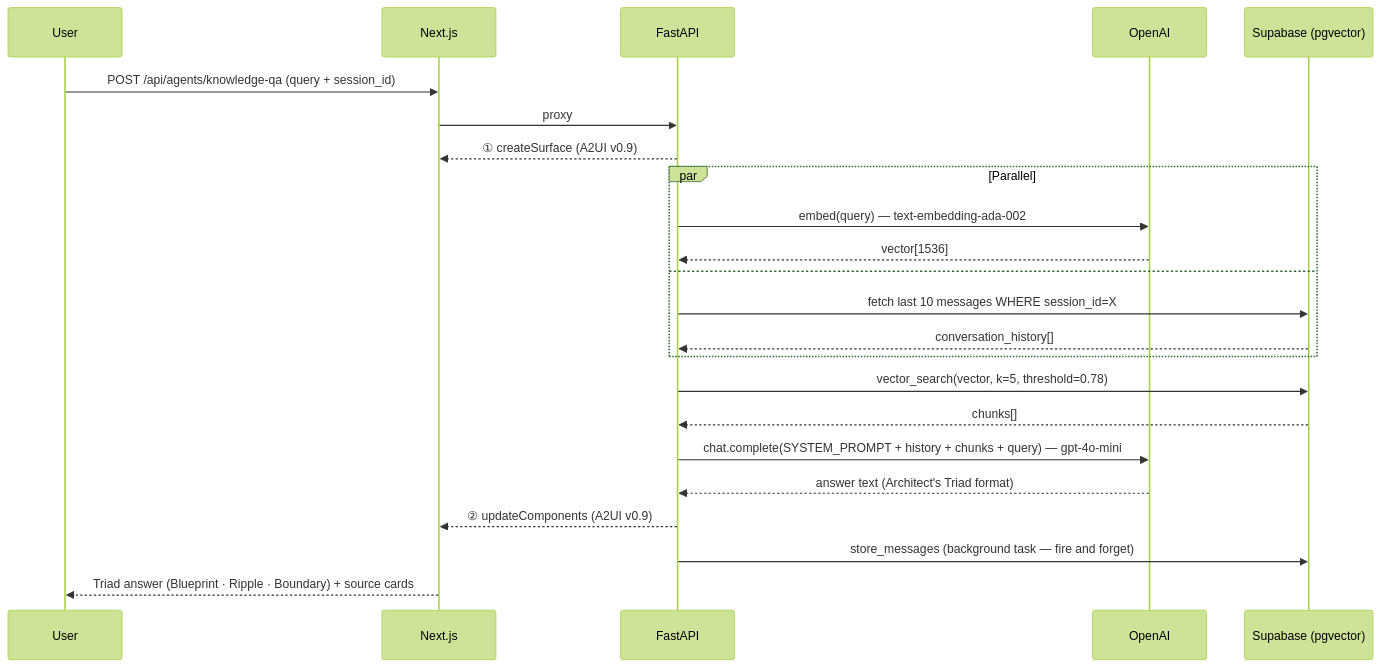
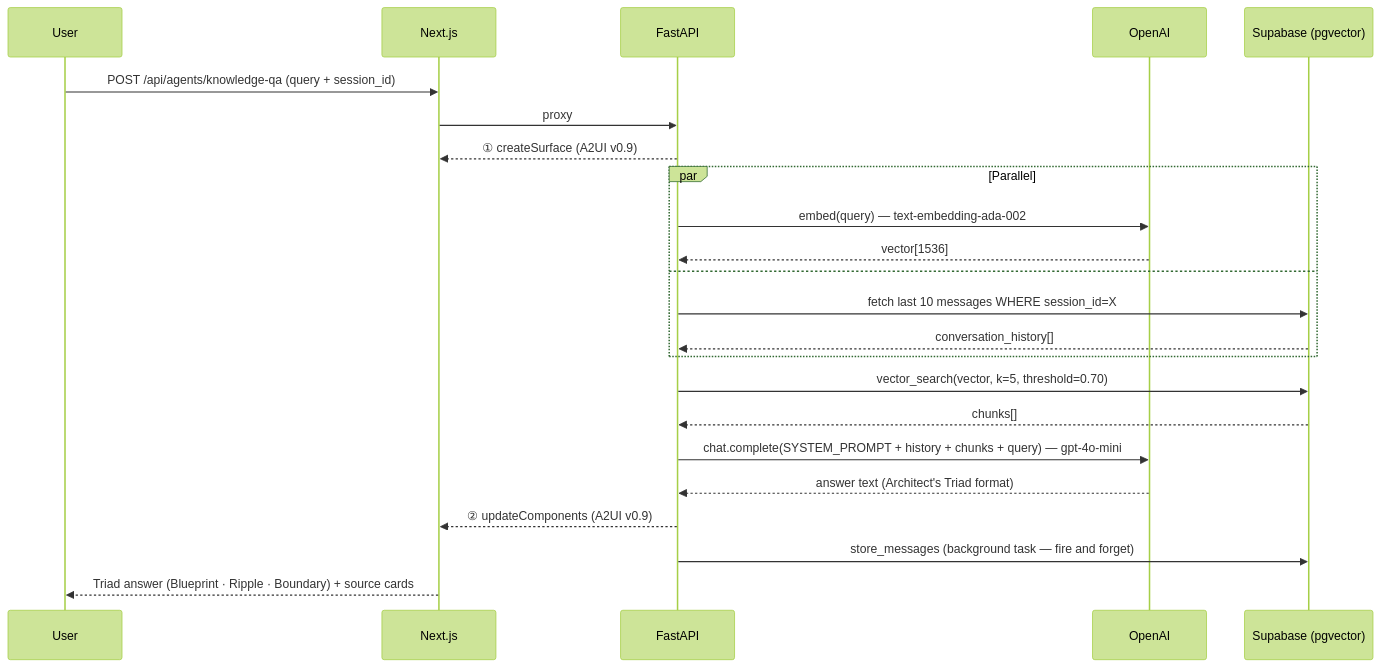
Before and after one commit to dashbh/synapse: the second of 3 diagrams in docs/Architecture.md, drawn with Mermaid (forest theme). The commit also changed other lines of this file and 5 other files, not shown here.

````diff
--- a/docs/Architecture.md
+++ b/docs/Architecture.md
@@ -89,26 +89,26 @@
 ```mermaid
 sequenceDiagram
     participant User
     participant FE as Next.js
     participant BE as FastAPI
     participant OAI as OpenAI
     participant DB as Supabase (pgvector)
 
     User->>FE: POST /api/agents/knowledge-qa (query + session_id)
     FE->>BE: proxy
     BE-->>FE: ① createSurface (A2UI v0.9)
     par Parallel
         BE->>OAI: embed(query) — text-embedding-ada-002
         OAI-->>BE: vector[1536]
     and
         BE->>DB: fetch last 10 messages WHERE session_id=X
         DB-->>BE: conversation_history[]
     end
-    BE->>DB: vector_search(vector, k=5, threshold=0.78)
+    BE->>DB: vector_search(vector, k=5, threshold=0.70)
     DB-->>BE: chunks[]
     BE->>OAI: chat.complete(SYSTEM_PROMPT + history + chunks + query) — gpt-4o-mini
     OAI-->>BE: answer text (Architect's Triad format)
     BE-->>FE: ② updateComponents (A2UI v0.9)
     BE->>DB: store_messages (background task — fire and forget)
     FE-->>User: Triad answer (Blueprint · Ripple · Boundary) + source cards
 ```
````
